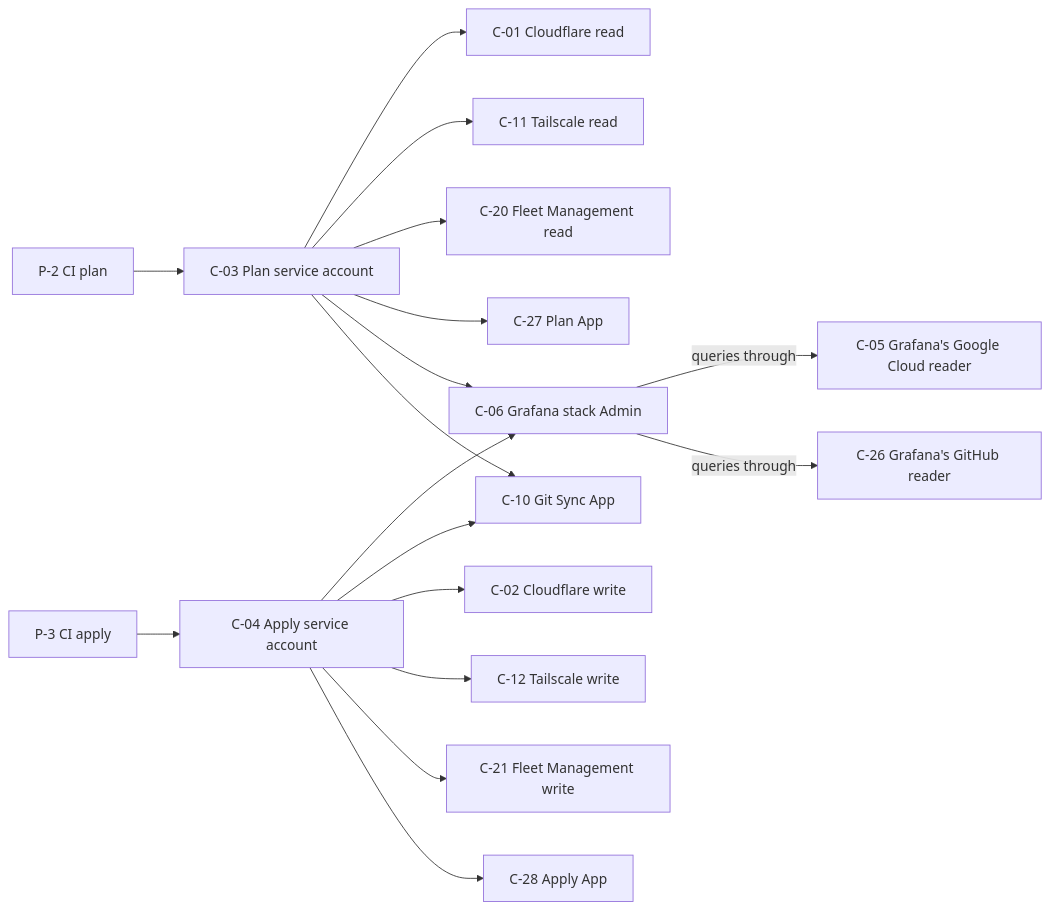
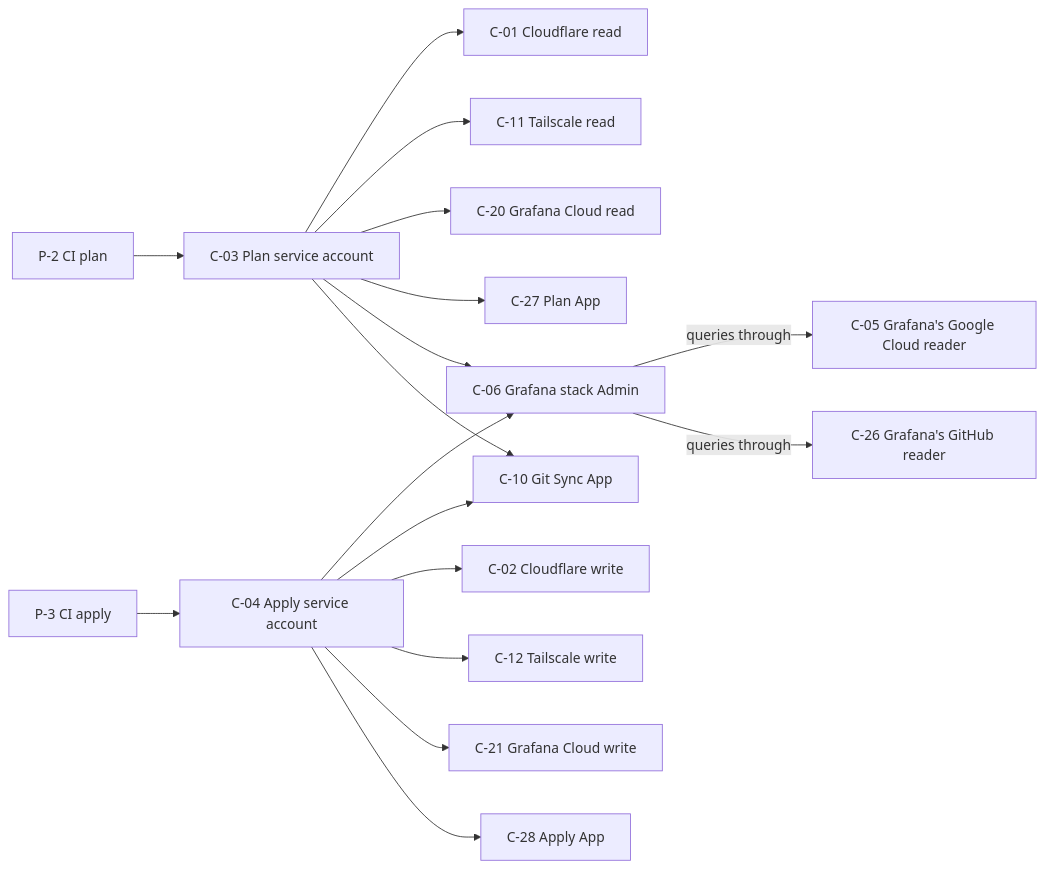
Before and after one commit to alunduil/alunduil-infrastructure: the second of 2 diagrams in docs/explanation/credential-reachability.md, drawn with Mermaid. The commit also changed other lines of this file and 9 other files, not shown here.

````diff
--- a/docs/explanation/credential-reachability.md
+++ b/docs/explanation/credential-reachability.md
@@ -136,36 +136,36 @@
 ```mermaid
 flowchart LR
   p2["P-2 CI plan"]
   p3["P-3 CI apply"]
   c03["C-03 Plan service account"]
   c04["C-04 Apply service account"]
   c01["C-01 Cloudflare read"]
   c02["C-02 Cloudflare write"]
   c06["C-06 Grafana stack Admin"]
   c10["C-10 Git Sync App"]
   c11["C-11 Tailscale read"]
   c12["C-12 Tailscale write"]
-  c20["C-20 Fleet Management read"]
-  c21["C-21 Fleet Management write"]
+  c20["C-20 Grafana Cloud read"]
+  c21["C-21 Grafana Cloud write"]
   c27["C-27 Plan App"]
   c28["C-28 Apply App"]
   c05["C-05 Grafana's Google Cloud reader"]
   c26["C-26 Grafana's GitHub reader"]
 
   p2 --> c03
   c03 --> c01
   c03 --> c11
   c03 --> c20
   c03 --> c27
   c03 --> c06
   c03 --> c10
   p3 --> c04
   c04 --> c06
   c04 --> c10
   c04 --> c02
   c04 --> c12
   c04 --> c21
   c04 --> c28
   c06 -->|"queries through"| c05
   c06 -->|"queries through"| c26
 ```
````
